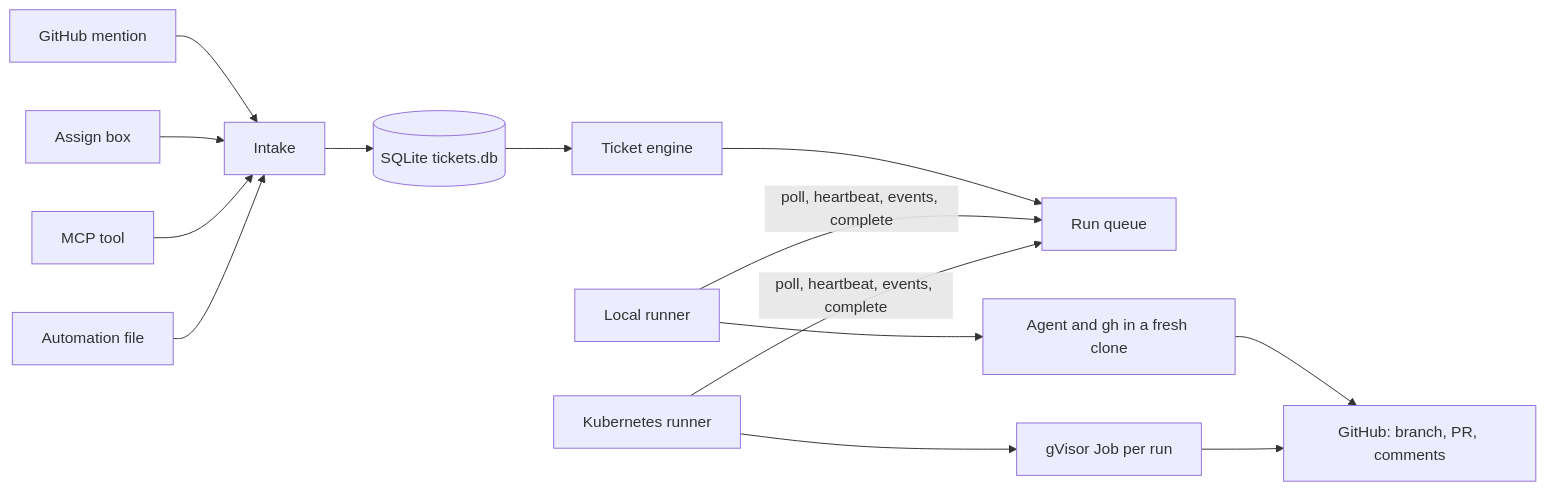
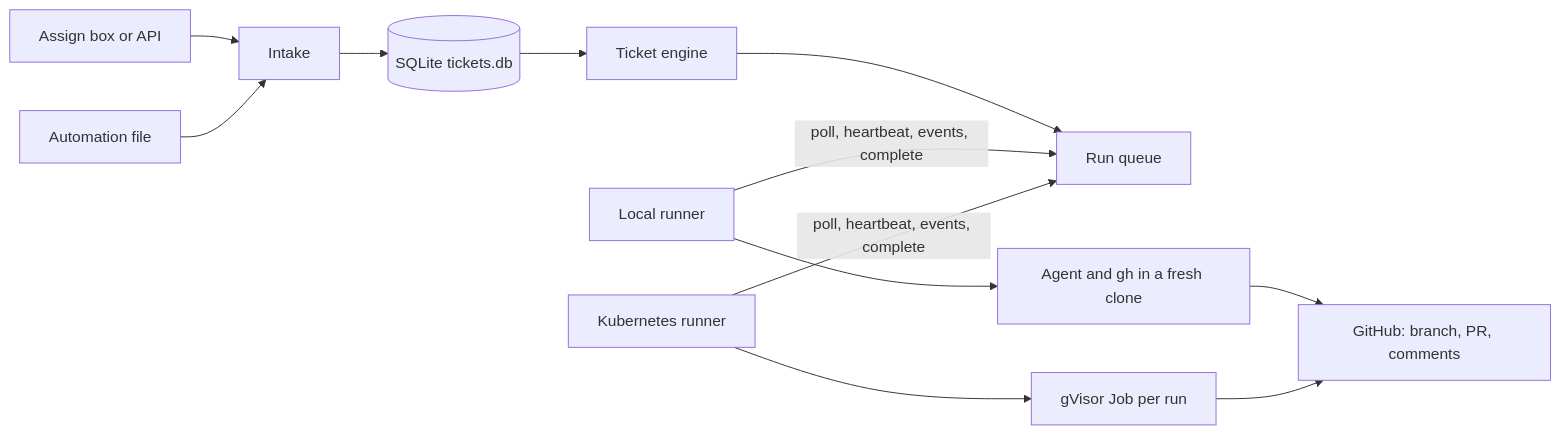
The diagram in ARCHITECTURE.md (owainlewis/machinist), drawn with Mermaid before and after one commit. The commit also changed other lines of this file and 41 other files, not shown here.

First line of the commit message:
Delete GitHub intake, follow-ups, reviewers and MCP

````diff
--- a/ARCHITECTURE.md
+++ b/ARCHITECTURE.md
@@ -8,16 +8,14 @@
 ```mermaid
 flowchart LR
-    Mention[GitHub mention] --> Intake
-    Assign[Assign box] --> Intake
-    MCP[MCP tool] --> Intake
+    Assign[Assign box or API] --> Intake
     Schedule[Automation file] --> Intake
     Intake --> Store[(SQLite tickets.db)]
     Store --> Engine[Ticket engine]
     Engine --> Queue[Run queue]
     Local[Local runner] -->|poll, heartbeat, events, complete| Queue
     Kube[Kubernetes runner] -->|poll, heartbeat, events, complete| Queue
     Local --> Agent[Agent and gh in a fresh clone]
     Kube --> Job[gVisor Job per run]
     Agent --> GitHub[GitHub: branch, PR, comments]
     Job --> GitHub
 ```
````
